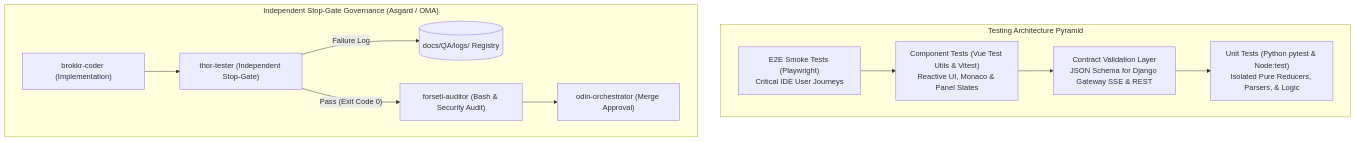
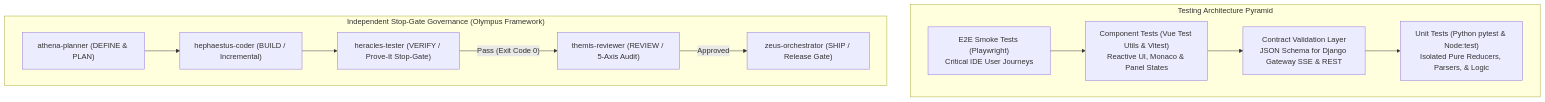
One commit to aditlab-code/aegiscode changed the fifth of 5 diagrams in docs/architecture.md. Above: the diagram before and after it, drawn with Mermaid. The commit also changed other lines of this file and 16 other files, not shown here.

````diff
--- a/docs/architecture.md
+++ b/docs/architecture.md
@@ -215,19 +237,19 @@
 ```mermaid
 graph TD
     subgraph TestPyramid ["Testing Architecture Pyramid"]
         E2E["E2E Smoke Tests (Playwright)<br/>Critical IDE User Journeys"]
         Comp["Component Tests (Vue Test Utils & Vitest)<br/>Reactive UI, Monaco & Panel States"]
         Contract["Contract Validation Layer<br/>JSON Schema for Django Gateway SSE & REST"]
         Unit["Unit Tests (Python pytest & Node:test)<br/>Isolated Pure Reducers, Parsers, & Logic"]
         E2E --> Comp
         Comp --> Contract
         Contract --> Unit
     end
 
-    subgraph Governance ["Independent Stop-Gate Governance (Asgard / OMA)"]
-        Brokkr["brokkr-coder (Implementation)"] --> Thor["thor-tester (Independent Stop-Gate)"]
-        Thor -->|"Failure Log"| QALog[("docs/QA/logs/ Registry")]
-        Thor -->|"Pass (Exit Code 0)"| Forseti["forseti-auditor (Bash & Security Audit)"]
-        Forseti --> Odin["odin-orchestrator (Merge Approval)"]
+    subgraph Governance ["Independent Stop-Gate Governance (Olympus Framework)"]
+        Athena["athena-planner (DEFINE & PLAN)"] --> Hephaestus["hephaestus-coder (BUILD / Incremental)"]
+        Hephaestus --> Heracles["heracles-tester (VERIFY / Prove-It Stop-Gate)"]
+        Heracles -->|"Pass (Exit Code 0)"| Themis["themis-reviewer (REVIEW / 5-Axis Audit)"]
+        Themis -->|"Approved"| Zeus["zeus-orchestrator (SHIP / Release Gate)"]
     end
 ```
````
